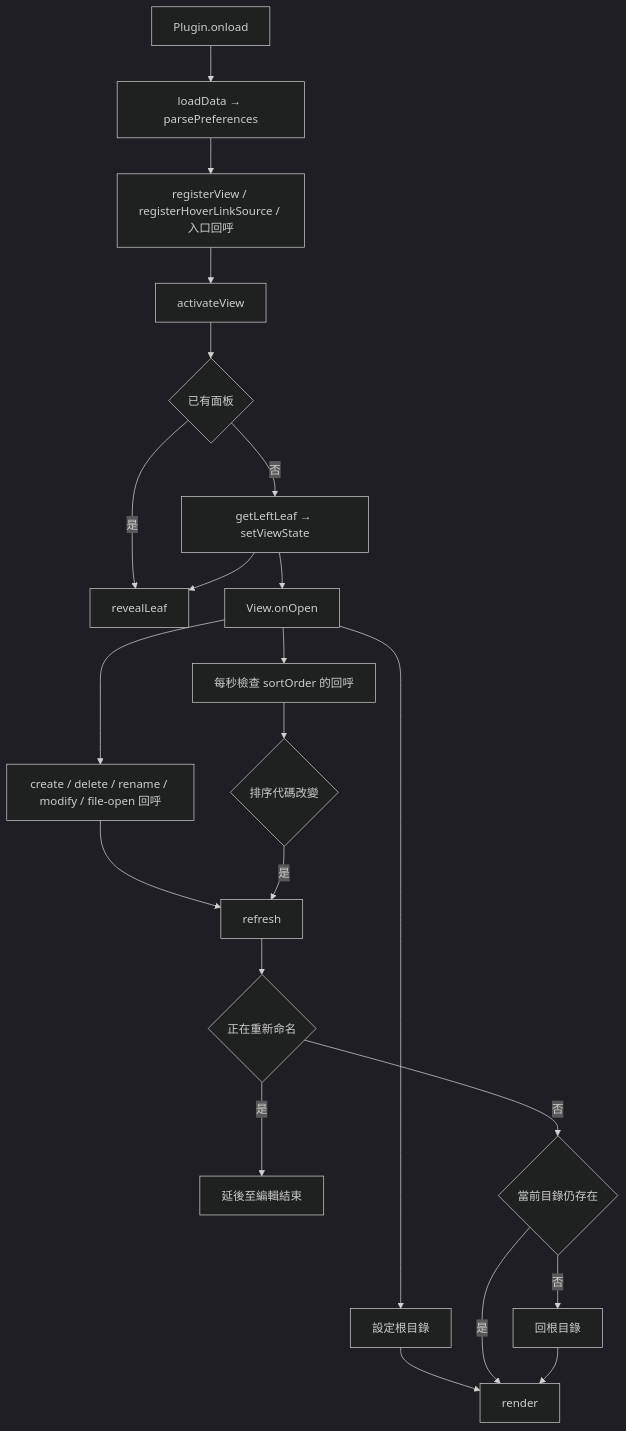
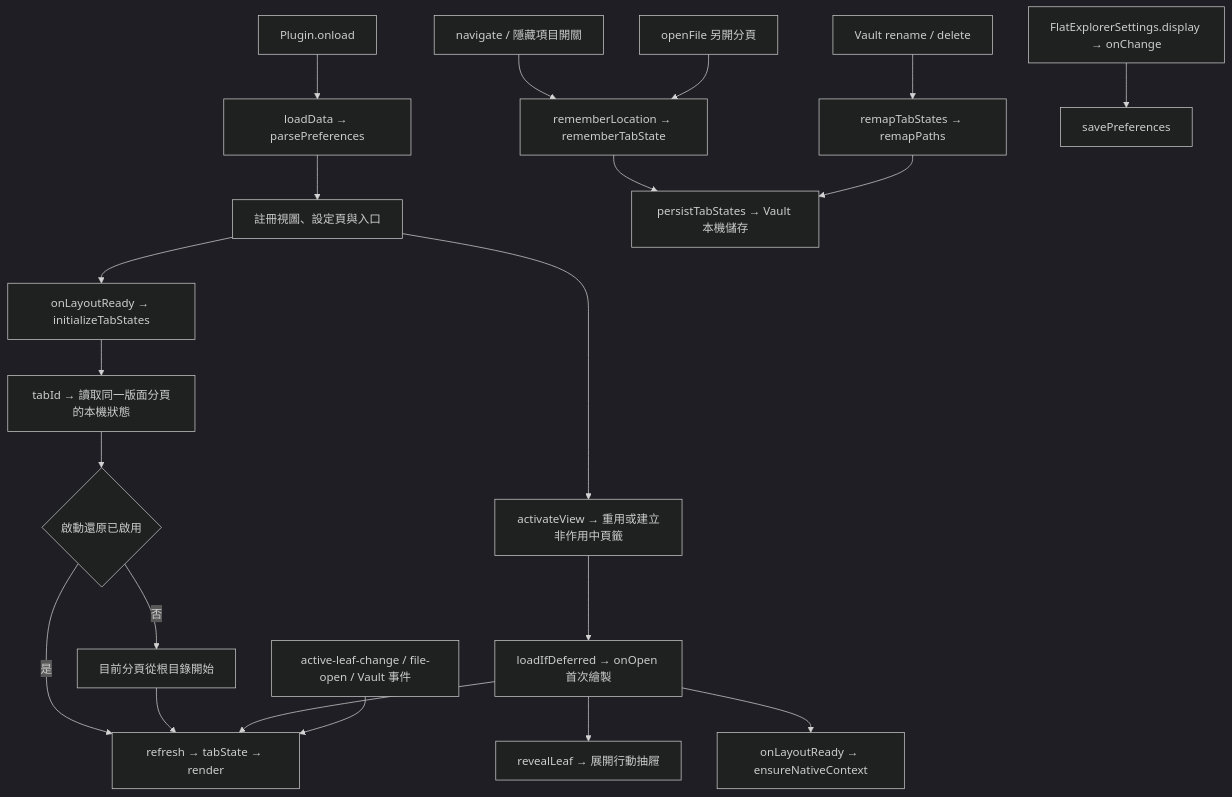
One commit to MiuDog/FlatExplorer changed the second of 12 diagrams in architecture.md. Above: the diagram before and after it, drawn with Mermaid (dark theme). The commit also changed other lines of this file and 8 other files, not shown here.

Commit message:
Remember explorer state per tab and preload mobile drawer

````diff
--- a/architecture.md
+++ b/architecture.md
@@ -51,24 +56,23 @@
 ```mermaid
 flowchart TD
 	Load[Plugin.onload] --> Read[loadData → parsePreferences]
-	Read --> Register[registerView / registerHoverLinkSource / 入口回呼]
-	Register --> Activate[activateView]
-	Activate --> Exists{已有面板}
-	Exists -->|否| New[getLeftLeaf → setViewState]
-	Exists -->|是| Reveal[revealLeaf]
-	New --> Reveal
-	New --> Open[View.onOpen]
-	Open --> Root[設定根目錄]
-	Root --> Render[render]
-	Open --> Events[create / delete / rename / modify / file-open 回呼]
-	Events --> Refresh[refresh]
-	Open --> Interval[每秒檢查 sortOrder 的回呼]
-	Interval --> Changed{排序代碼改變}
-	Changed -->|是| Refresh
-	Refresh --> Editing{正在重新命名}
-	Editing -->|是| Wait[延後至編輯結束]
-	Editing -->|否| Valid{當前目錄仍存在}
-	Valid -->|否| Reset[回根目錄]
-	Valid -->|是| Render
-	Reset --> Render
+	Read --> Register[註冊視圖、設定頁與入口]
+	Register --> Layout[onLayoutReady → initializeTabStates]
+	Layout --> Saved[tabId → 讀取同一版面分頁的本機狀態]
+	Saved --> Option{啟動還原已啟用}
+	Option -->|是| Refresh[refresh → tabState → render]
+	Option -->|否| Reset[目前分頁從根目錄開始]
+	Reset --> Refresh
+	Register --> Activate[activateView → 重用或建立非作用中頁籤]
+	Activate --> Preload[loadIfDeferred → onOpen 首次繪製]
+	Preload --> Reveal[revealLeaf → 展開行動抽屜]
+	Preload --> Refresh
+	Preload --> Native[onLayoutReady → ensureNativeContext]
+	Events[active-leaf-change / file-open / Vault 事件] --> Refresh
+	Actions[navigate / 隱藏項目開關] --> Remember[rememberLocation → rememberTabState]
+	NewTab[openFile 另開分頁] --> Remember
+	Remember --> Persist[persistTabStates → Vault 本機儲存]
+	Rename[Vault rename / delete] --> Remap[remapTabStates → remapPaths]
+	Remap --> Persist
+	Settings[FlatExplorerSettings.display → onChange] --> Preferences[savePreferences]
 ```
````
